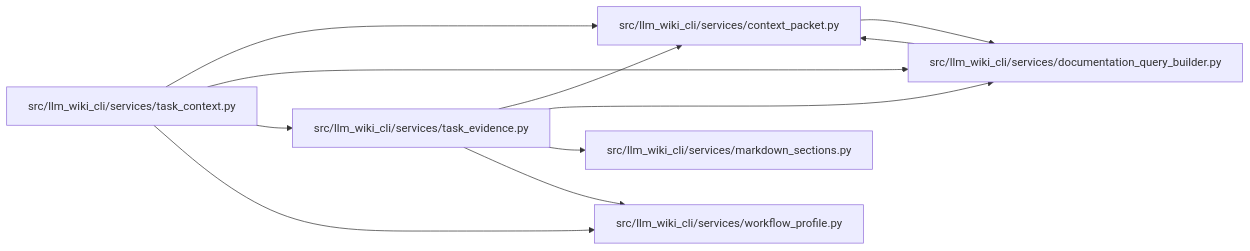
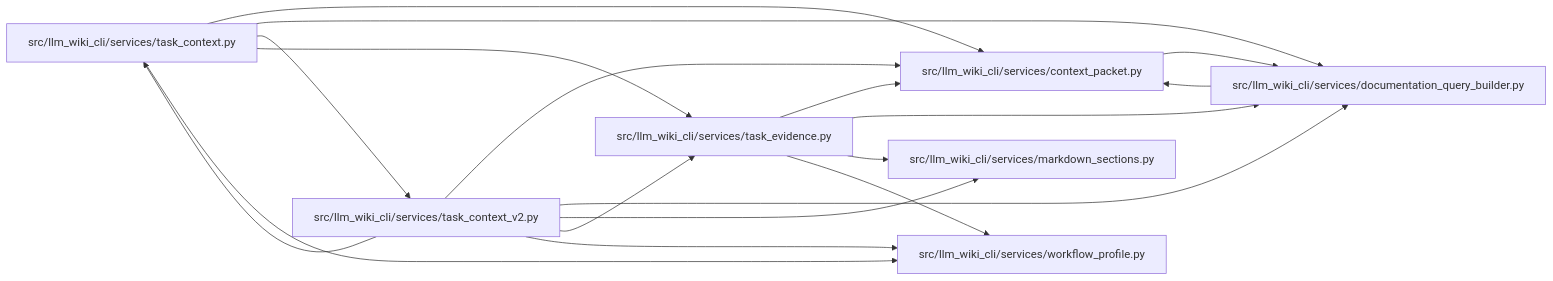
Before and after one commit to Denissvgn/python-wiki-llm: the diagram in docs/llm_wiki/modules/task_evidence.md, drawn with Mermaid. The commit also changed other lines of this file and 6245 other files, not shown here.

````diff
--- a/docs/llm_wiki/modules/task_evidence.md
+++ b/docs/llm_wiki/modules/task_evidence.md
@@ -24,25 +24,34 @@
 ```mermaid
 flowchart LR
     n0["src/llm_wiki_cli/services/context_packet.py"]
     n1["src/llm_wiki_cli/services/documentation_query_builder.py"]
     n2["src/llm_wiki_cli/services/markdown_sections.py"]
     n3["src/llm_wiki_cli/services/task_context.py"]
-    n4["src/llm_wiki_cli/services/task_evidence.py"]
-    n5["src/llm_wiki_cli/services/workflow_profile.py"]
+    n4["src/llm_wiki_cli/services/task_context_v2.py"]
+    n5["src/llm_wiki_cli/services/task_evidence.py"]
+    n6["src/llm_wiki_cli/services/workflow_profile.py"]
     n0 --> n1
     n1 --> n0
     n3 --> n0
     n3 --> n1
     n3 --> n4
     n3 --> n5
+    n3 --> n6
     n4 --> n0
     n4 --> n1
     n4 --> n2
+    n4 --> n3
     n4 --> n5
+    n4 --> n6
+    n5 --> n0
+    n5 --> n1
+    n5 --> n2
+    n5 --> n6
     click n0 "../modules/context_packet.md"
     click n1 "../modules/documentation_query_builder.md"
     click n2 "../modules/markdown_sections.md"
     click n3 "../modules/task_context.md"
-    click n4 "../modules/task_evidence.md"
-    click n5 "../modules/workflow_profile.md"
+    click n4 "../modules/task_context_v2.md"
+    click n5 "../modules/task_evidence.md"
+    click n6 "../modules/workflow_profile.md"
 ```
````
